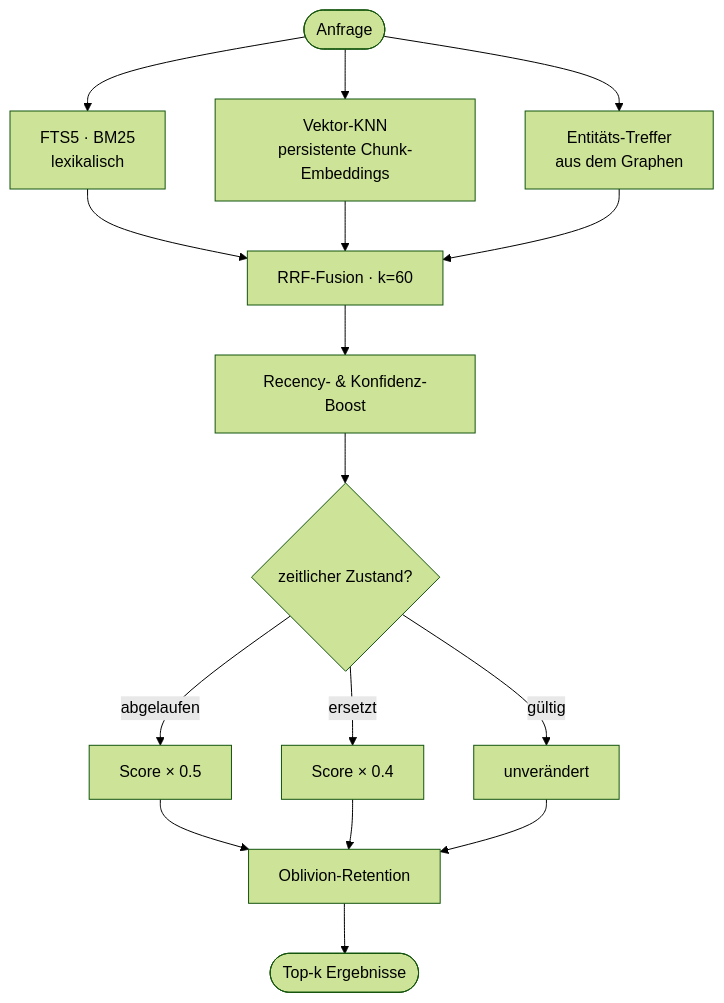
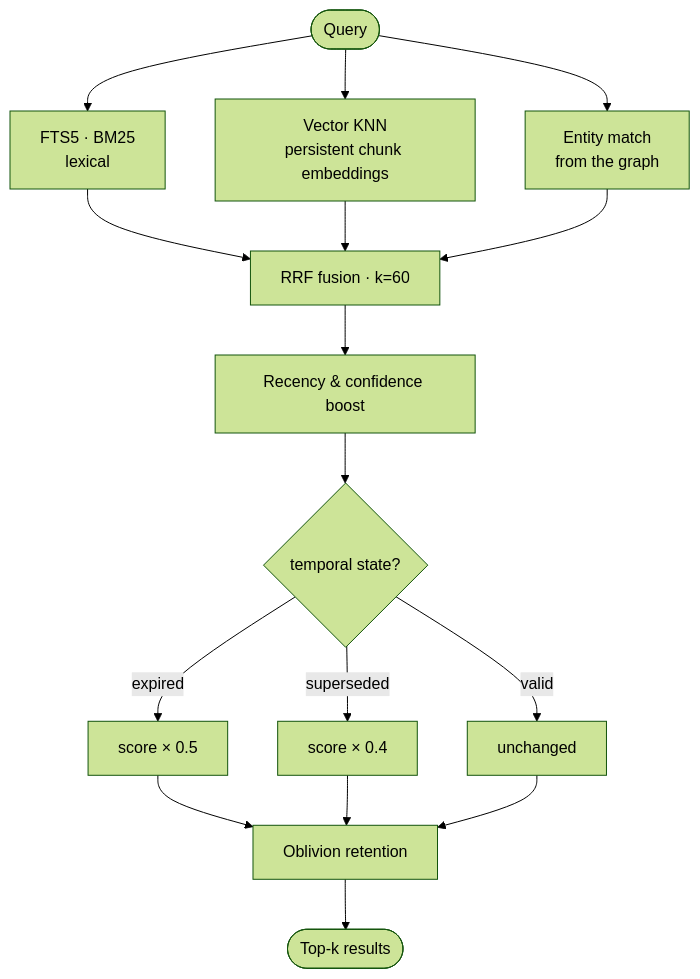
One commit to DamianTodorovic/kepta changed the second of 2 diagrams in README.md. Above: the diagram before and after it, drawn with Mermaid (forest theme). The commit also changed other lines of this file and 12 other files, not shown here.

````diff
--- a/README.md
+++ b/README.md
@@ -63,18 +67,18 @@
 ```mermaid
 flowchart TD
-  Q(["Anfrage"]) --> A["FTS5 · BM25<br/>lexikalisch"]
-  Q --> B["Vektor-KNN<br/>persistente Chunk-Embeddings"]
-  Q --> C["Entitäts-Treffer<br/>aus dem Graphen"]
-  A --> RRF["RRF-Fusion · k=60"]
+  Q(["Query"]) --> A["FTS5 · BM25<br/>lexical"]
+  Q --> B["Vector KNN<br/>persistent chunk embeddings"]
+  Q --> C["Entity match<br/>from the graph"]
+  A --> RRF["RRF fusion · k=60"]
   B --> RRF
   C --> RRF
-  RRF --> BO["Recency- & Konfidenz-Boost"]
-  BO --> T{"zeitlicher Zustand?"}
-  T -->|abgelaufen| X5["Score × 0.5"]
-  T -->|ersetzt| X4["Score × 0.4"]
-  T -->|gültig| OKK["unverändert"]
-  X5 --> RET["Oblivion-Retention"]
+  RRF --> BO["Recency & confidence boost"]
+  BO --> T{"temporal state?"}
+  T -->|expired| X5["score × 0.5"]
+  T -->|superseded| X4["score × 0.4"]
+  T -->|valid| OKK["unchanged"]
+  X5 --> RET["Oblivion retention"]
   X4 --> RET
   OKK --> RET
-  RET --> OUT(["Top-k Ergebnisse"])
+  RET --> OUT(["Top-k results"])
 ```
````
